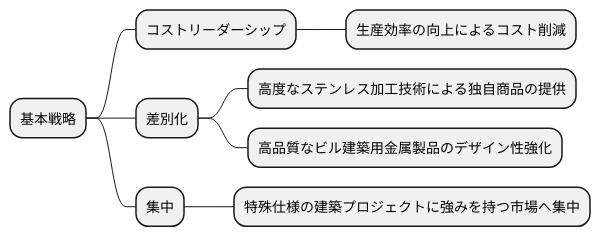
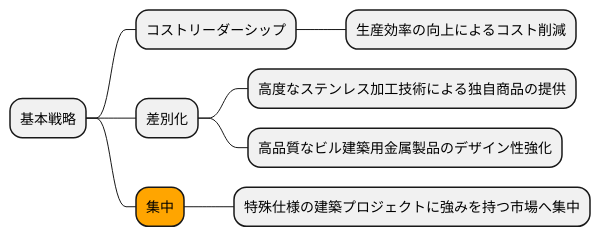
The eighth of 16 diagrams in docs/case/r02_case_3.adoc (k2works/case-sutudy-business-analysis), drawn with PlantUML before and after one commit. The commit also changed other lines of this file, not shown here.

```diff
--- a/docs/case/r02_case_3.adoc
+++ b/docs/case/r02_case_3.adoc
@@ -256,15 +287,15 @@
 [plantuml]
 ----
 @startmindmap
 
 * 基本戦略
 ** コストリーダーシップ
 *** 生産効率の向上によるコスト削減
 ** 差別化
 *** 高度なステンレス加工技術による独自商品の提供
 *** 高品質なビル建築用金属製品のデザイン性強化
-** 集中
+**[#orange] 集中
 *** 特殊仕様の建築プロジェクトに強みを持つ市場へ集中
 
 @endmindmap
 ----
```
